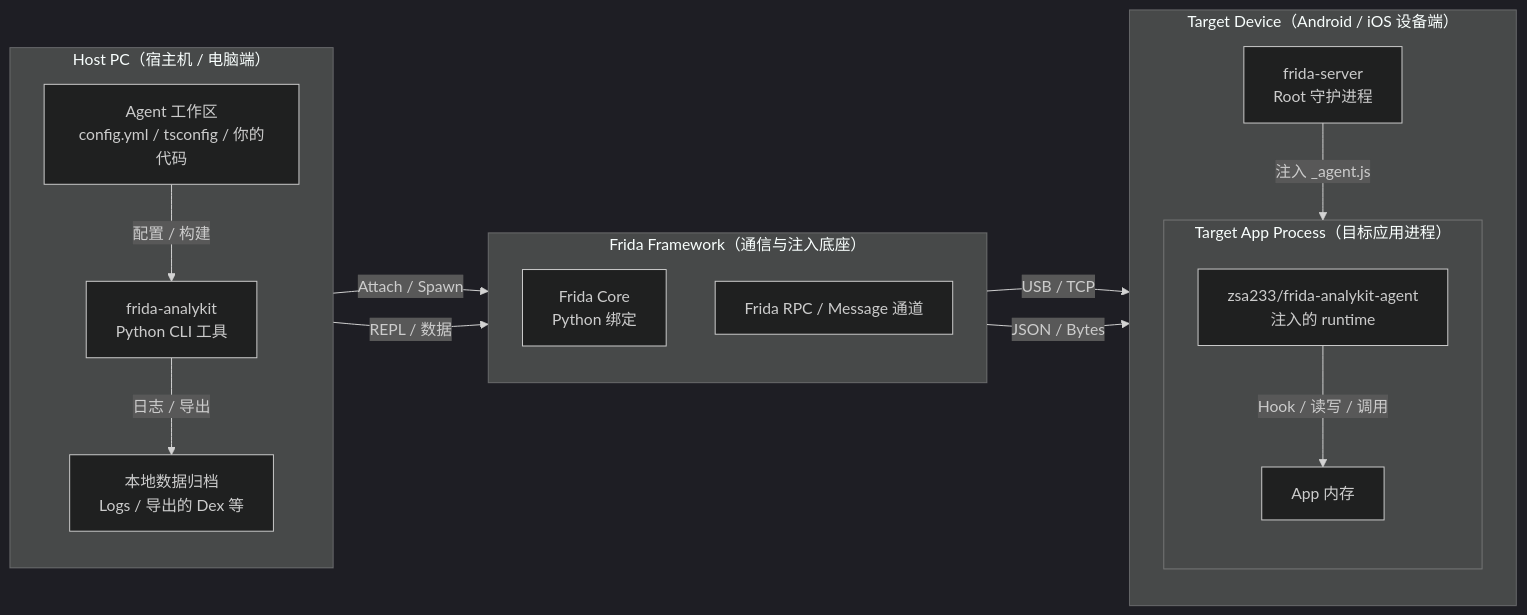
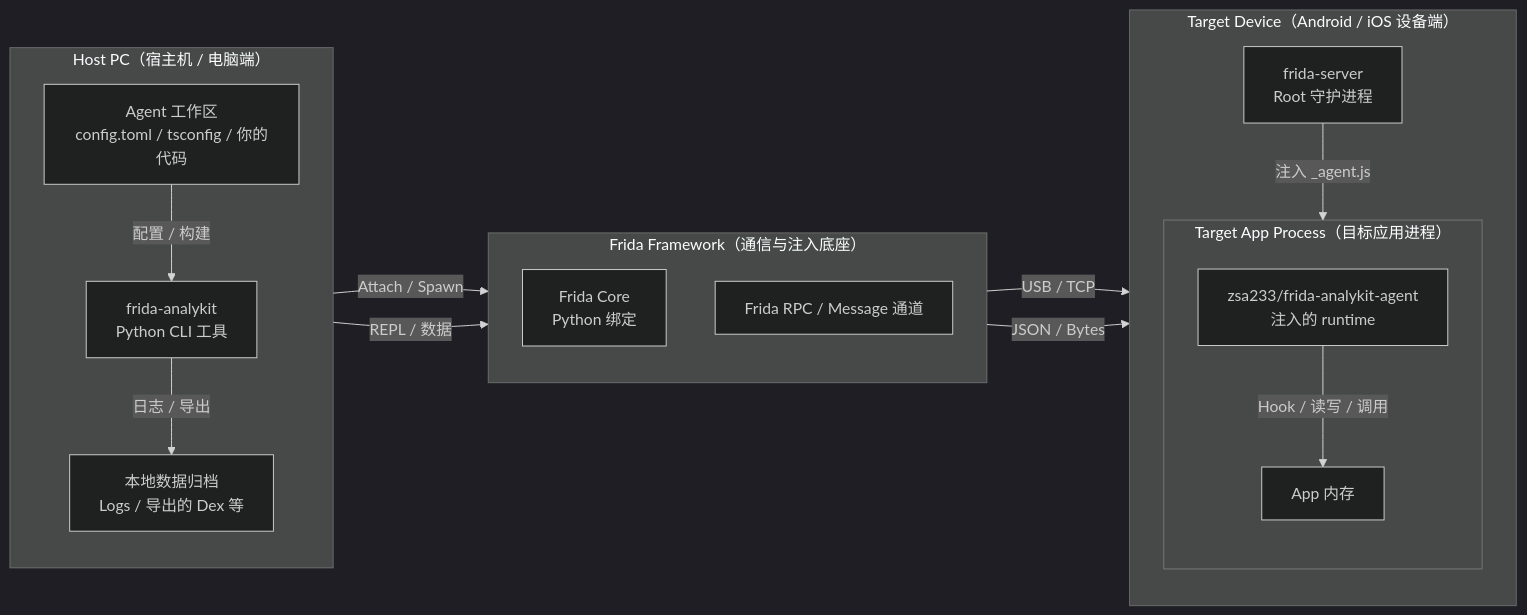
The diagram in README.md (ZSA233/frida-analykit), drawn with Mermaid (dark theme) before and after one commit. The commit also changed other lines of this file and 35 other files, not shown here.

````diff
--- a/README.md
+++ b/README.md
@@ -19,38 +87,38 @@
 ```mermaid
 flowchart LR
     subgraph Host["Host PC（宿主机 / 电脑端）"]
         direction TB
-        WorkDir["Agent 工作区<br/>config.yml / tsconfig / 你的代码"]
+        WorkDir["Agent 工作区<br/>config.toml / tsconfig / 你的代码"]
         CLI["frida-analykit<br/>Python CLI 工具"]
         DataArchive["本地数据归档<br/>Logs / 导出的 Dex 等"]
 
         WorkDir -->|"配置 / 构建"| CLI
         CLI -->|"日志 / 导出"| DataArchive
     end
 
     subgraph Framework["Frida Framework（通信与注入底座）"]
         direction TB
         FridaCore["Frida Core<br/>Python 绑定"]
         RPCChannel["Frida RPC / Message 通道"]
     end
 
     subgraph Device["Target Device（Android / iOS 设备端）"]
         direction TB
         FridaServer["frida-server<br/>Root 守护进程"]
 
         subgraph App["Target App Process（目标应用进程）"]
             direction TB
             AgentRuntime["zsa233/frida-analykit-agent<br/>注入的 runtime"]
             TargetMem["App 内存"]
 
             AgentRuntime -->|"Hook / 读写 / 调用"| TargetMem
         end
 
         FridaServer -->|"注入 _agent.js"| AgentRuntime
     end
 
     CLI -->|"Attach / Spawn"| FridaCore
     CLI -->|"REPL / 数据"| RPCChannel
     FridaCore -->|"USB / TCP"| FridaServer
     RPCChannel -->|"JSON / Bytes"| AgentRuntime
 ```
````
